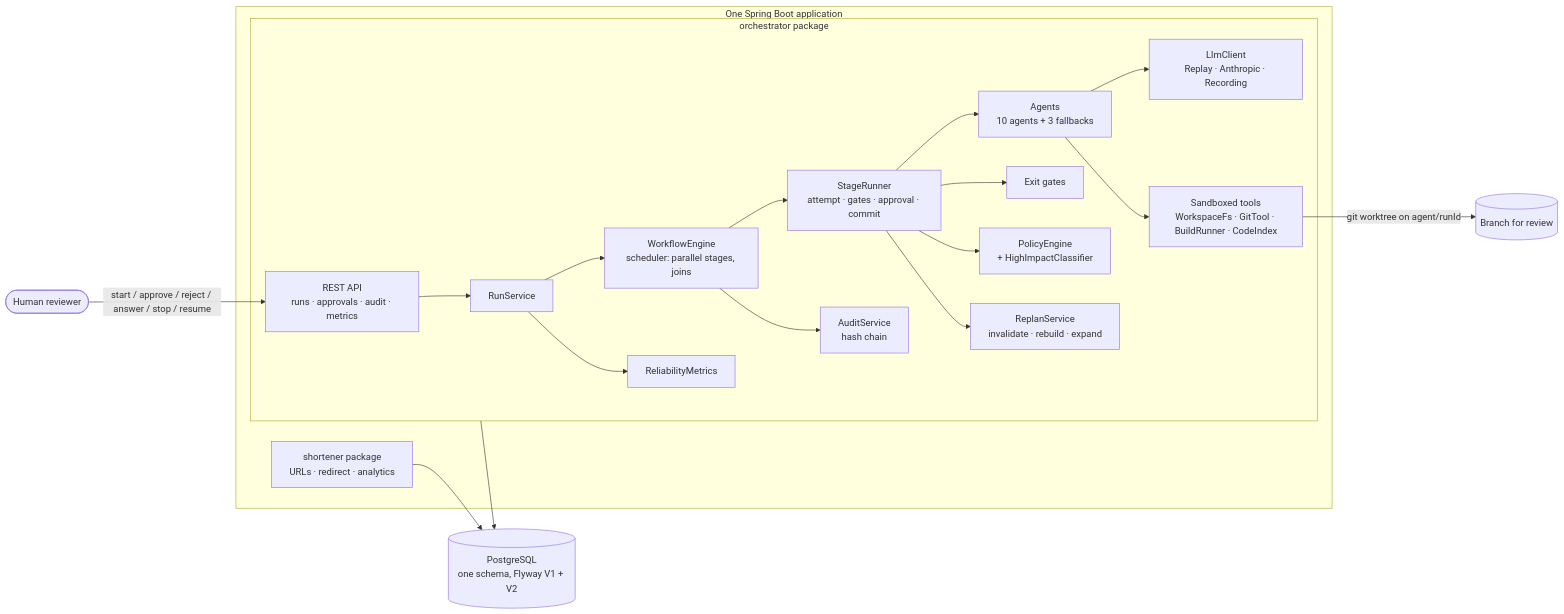
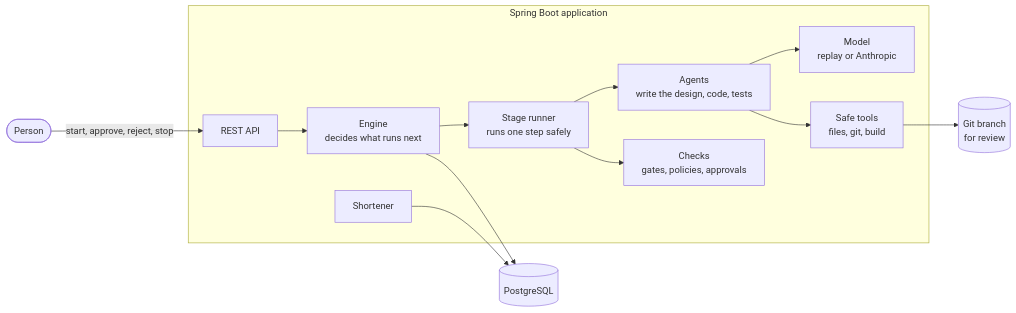
The first of 2 diagrams in docs/ARCHITECTURE.md (dhanush-reddy-gurubilli/agentic-url-shortener), drawn with Mermaid before and after one commit. The commit also changed other lines of this file and 2 other files, not shown here.

````diff
--- a/docs/ARCHITECTURE.md
+++ b/docs/ARCHITECTURE.md
@@ -16,23 +14,16 @@
 ```mermaid
 flowchart LR
-    Human([Human reviewer]) -->|start / approve / reject / answer / stop / resume| API
-    subgraph App [One Spring Boot application]
-        subgraph Orch [orchestrator package]
-            API[REST API<br/>runs · approvals · audit · metrics] --> RS[RunService]
-            RS --> Engine[WorkflowEngine<br/>scheduler: parallel stages, joins]
-            Engine --> SR[StageRunner<br/>attempt · gates · approval · commit]
-            SR --> Agents[Agents<br/>10 agents + 3 fallbacks]
-            SR --> Gates[Exit gates]
-            SR --> Policy[PolicyEngine<br/>+ HighImpactClassifier]
-            SR --> Replan[ReplanService<br/>invalidate · rebuild · expand]
-            Agents --> LLM[LlmClient<br/>Replay · Anthropic · Recording]
-            Agents --> Tools[Sandboxed tools<br/>WorkspaceFs · GitTool · BuildRunner · CodeIndex]
-            Engine --> Audit[AuditService<br/>hash chain]
-            RS --> Metrics[ReliabilityMetrics]
-        end
-        Short[shortener package<br/>URLs · redirect · analytics]
+    Human([Person]) -->|start, approve, reject, stop| API[REST API]
+    subgraph App [Spring Boot application]
+        API --> Engine[Engine<br/>decides what runs next]
+        Engine --> Stage[Stage runner<br/>runs one step safely]
+        Stage --> Agents[Agents<br/>write the design, code, tests]
+        Agents --> Model[Model<br/>replay or Anthropic]
+        Stage --> Checks[Checks<br/>gates, policies, approvals]
+        Agents --> Tools[Safe tools<br/>files, git, build]
+        Shortener[Shortener]
     end
-    Tools -->|git worktree on agent/runId| Branch[(Branch for review)]
-    Orch --> PG[(PostgreSQL<br/>one schema, Flyway V1 + V2)]
-    Short --> PG
+    Tools --> Branch[(Git branch<br/>for review)]
+    Engine --> DB[(PostgreSQL)]
+    Shortener --> DB
 ```
````
